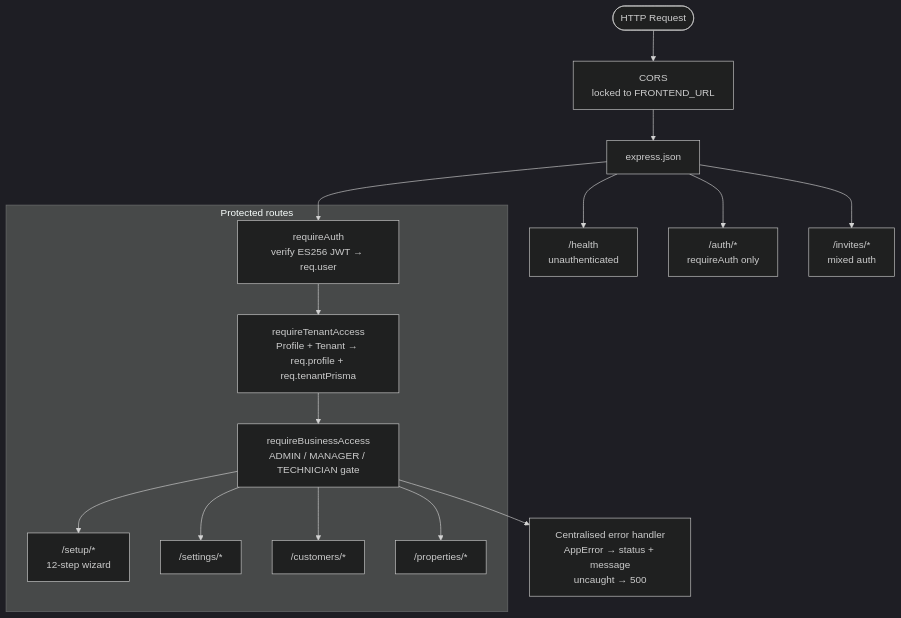
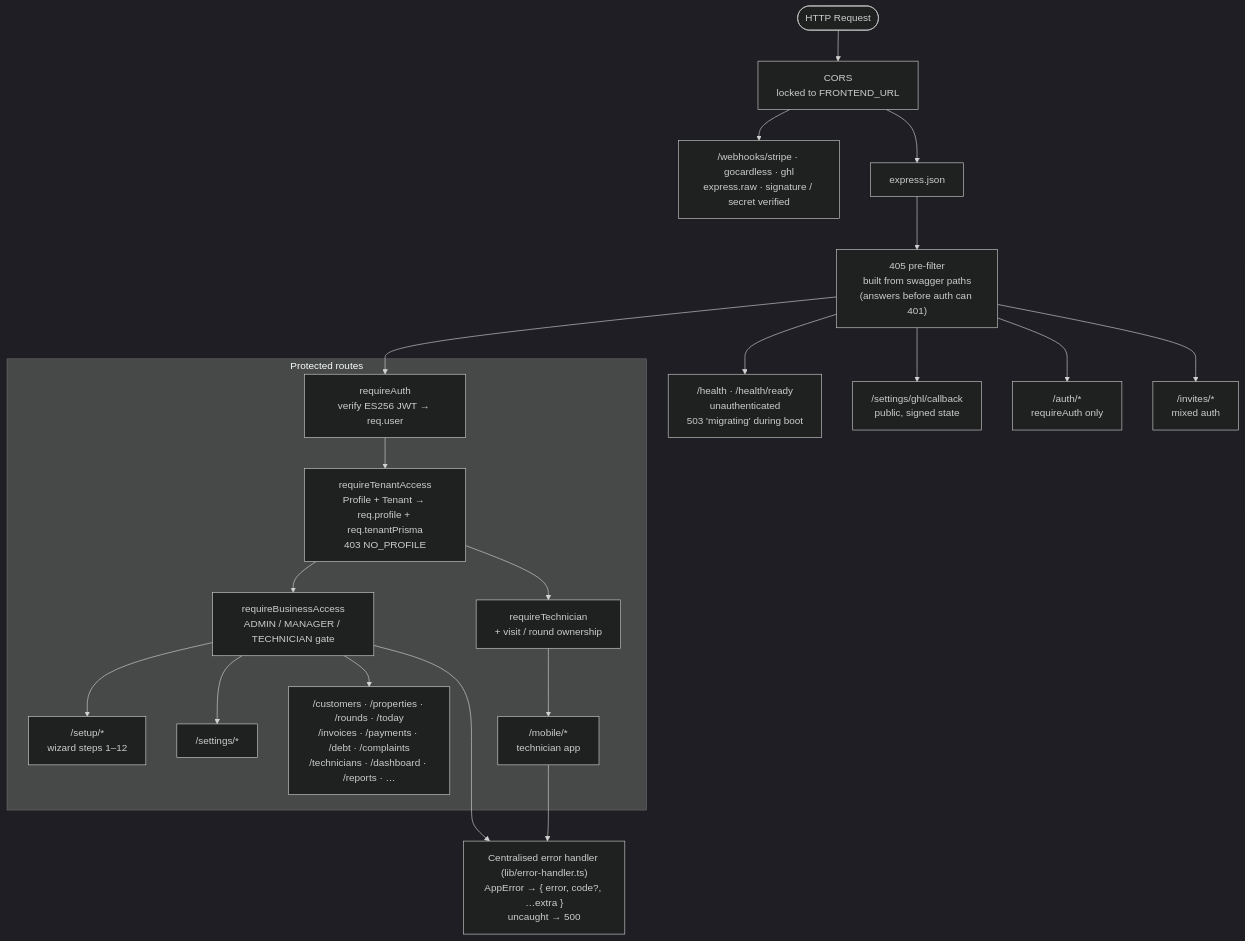
Before and after one commit to agenticgeek/roundflow-backend: the first of 9 diagrams in docs/ARCHITECTURE_LATEST.md, drawn with Mermaid (dark theme). The commit also changed other lines of this file and 169 other files, not shown here.

````diff
--- a/docs/ARCHITECTURE_LATEST.md
+++ b/docs/ARCHITECTURE_LATEST.md
@@ -40,26 +47,32 @@
 ```mermaid
 flowchart TD
     REQ([HTTP Request]) --> CORS["CORS<br/>locked to FRONTEND_URL"]
+    CORS --> HOOKS["/webhooks/stripe · gocardless · ghl<br/>express.raw · signature / secret verified"]
     CORS --> JSON["express.json"]
+    JSON --> PRE["405 pre-filter<br/>built from swagger paths<br/>(answers before auth can 401)"]
 
-    JSON --> HEALTH["/health<br/>unauthenticated"]
-    JSON --> AUTH_R["/auth/*<br/>requireAuth only"]
-    JSON --> INV_R["/invites/*<br/>mixed auth"]
-    JSON --> MW1
+    PRE --> HEALTH["/health · /health/ready<br/>unauthenticated<br/>503 'migrating' during boot"]
+    PRE --> GHLCB["/settings/ghl/callback<br/>public, signed state"]
+    PRE --> AUTH_R["/auth/*<br/>requireAuth only"]
+    PRE --> INV_R["/invites/*<br/>mixed auth"]
+    PRE --> MW1
 
     subgraph GUARDED["Protected routes"]
         MW1["requireAuth<br/>verify ES256 JWT → req.user"]
-        MW2["requireTenantAccess<br/>Profile + Tenant → req.profile + req.tenantPrisma"]
+        MW2["requireTenantAccess<br/>Profile + Tenant → req.profile + req.tenantPrisma<br/>403 NO_PROFILE"]
         MW3["requireBusinessAccess<br/>ADMIN / MANAGER / TECHNICIAN gate"]
+        MOB["requireTechnician<br/>+ visit / round ownership"]
 
         MW1 --> MW2
         MW2 --> MW3
+        MW2 --> MOB
 
-        MW3 --> SETUP["/setup/*<br/>12-step wizard"]
+        MW3 --> SETUP["/setup/*<br/>wizard steps 1–12"]
         MW3 --> SETTINGS["/settings/*"]
-        MW3 --> CUSTOMERS["/customers/*"]
-        MW3 --> PROPS["/properties/*"]
+        MW3 --> OPS["/customers · /properties · /rounds · /today<br/>/invoices · /payments · /debt · /complaints<br/>/technicians · /dashboard · /reports · …"]
+        MOB --> MOBILE["/mobile/*<br/>technician app"]
     end
 
-    MW3 --> ERR["Centralised error handler<br/>AppError → status + message<br/>uncaught → 500"]
+    MW3 --> ERR["Centralised error handler (lib/error-handler.ts)<br/>AppError → { error, code?, …extra }<br/>uncaught → 500"]
+    MOBILE --> ERR
 ```
````
